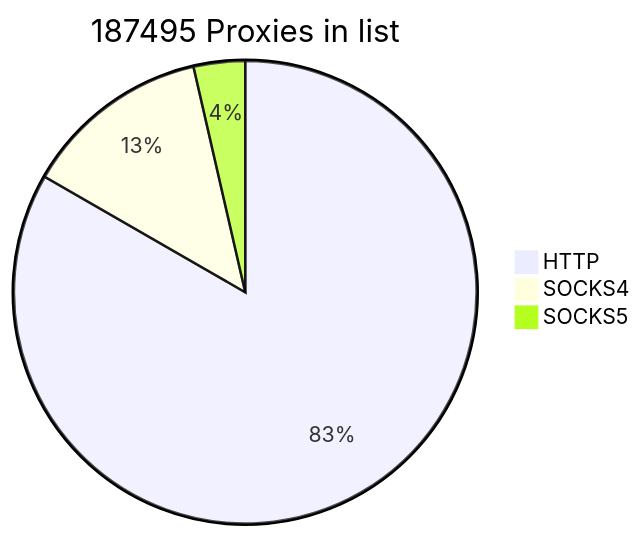
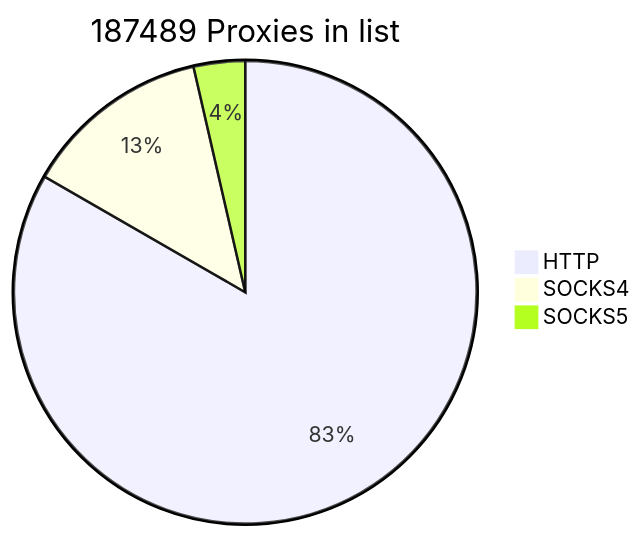
Before and after one commit to cutipu/proxylist: the first of 2 diagrams in README.md, drawn with Mermaid. The commit also changed other lines of this file, not shown here.

````diff
--- a/README.md
+++ b/README.md
@@ -2,7 +2,7 @@
 ```mermaid
-pie title 187495 Proxies in list
+pie title 187489 Proxies in list
     "HTTP" : 156214
-    "SOCKS4" : 24548
+    "SOCKS4" : 24542
     "SOCKS5" : 6733
             
 ```
````
